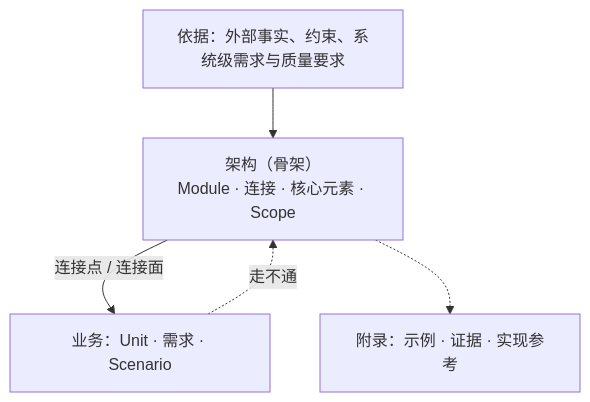
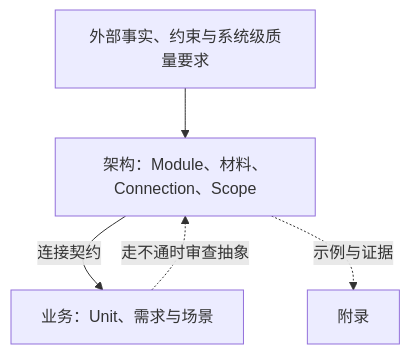
Before and after one commit to mouriya-s-lab/SSoT: the first of 2 diagrams in skills/software-design/SKILL.md, drawn with Mermaid. The commit also changed other lines of this file and 30 other files, not shown here.

Commit message:
Implement native design checking and ephemeral Graph skills

````diff
--- a/skills/software-design/SKILL.md
+++ b/skills/software-design/SKILL.md
@@ -31,7 +28,7 @@
 ```mermaid
 flowchart TB
-    G["依据：外部事实、约束、系统级需求与质量要求"] --> A["架构（骨架）<br/>Module · 连接 · 核心元素 · Scope"]
-    A -->|"连接点 / 连接面"| B["业务：Unit · 需求 · Scenario"]
-    B -.->|"走不通"| A
-    A -.-> X["附录：示例 · 证据 · 实现参考"]
+    G[外部事实、约束与系统级质量要求] --> A[架构：Module、材料、Connection、Scope]
+    A -->|连接契约| B[业务：Unit、需求与场景]
+    B -.->|走不通时审查抽象| A
+    A -.->|示例与证据| X[附录]
 ```
````
